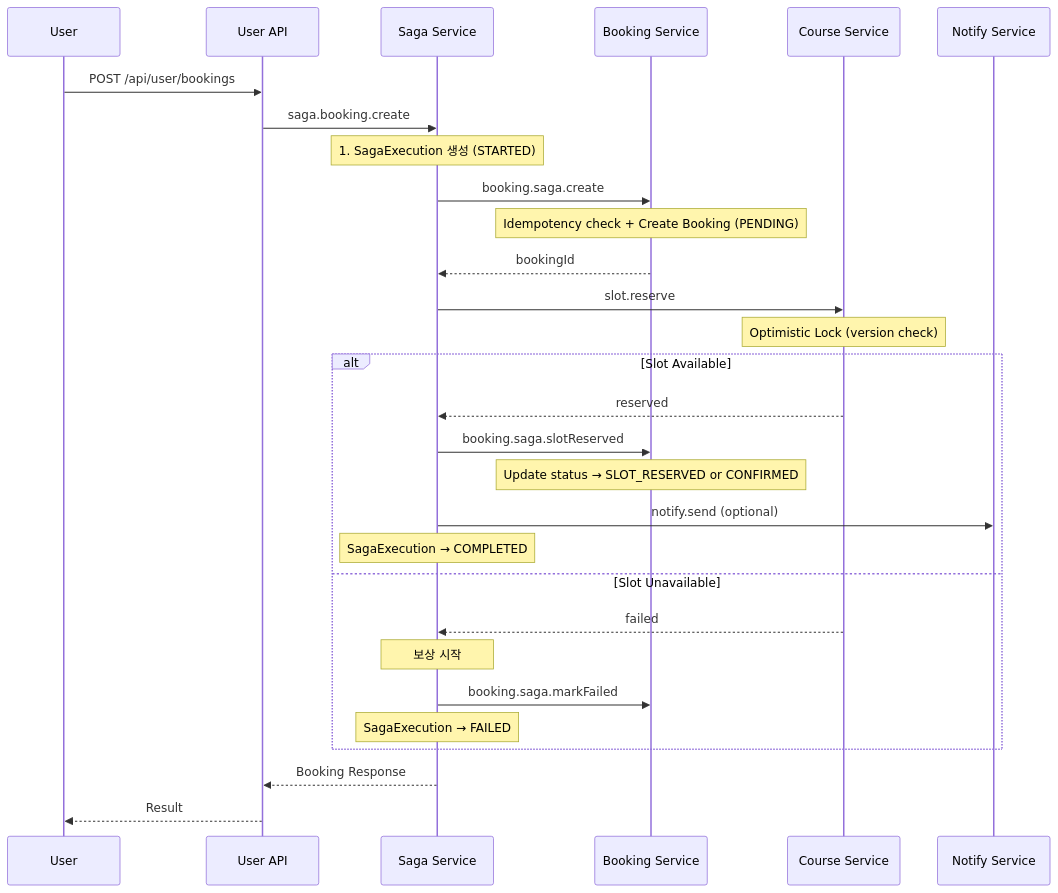
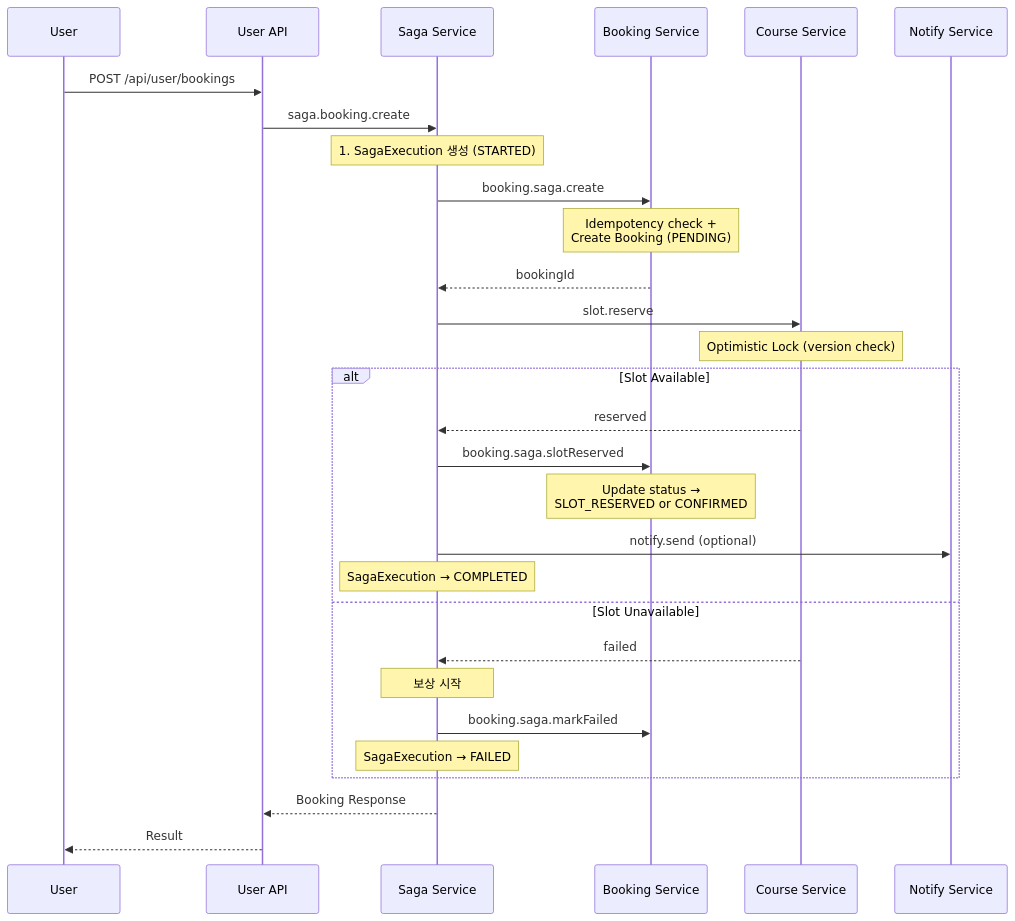
The fourth of 7 diagrams in docs/architecture/SYSTEM.md (uniyous/parkgolf-platform), drawn with Mermaid before and after one commit. The commit also changed other lines of this file and 5 other files, not shown here.

First line of the commit message:
docs: 다이어그램 체계 정비 및 문서 개선

````diff
--- a/docs/architecture/SYSTEM.md
+++ b/docs/architecture/SYSTEM.md
@@ -692,36 +423,36 @@
 ```mermaid
 sequenceDiagram
-    participant U as User
-    participant UAPI as User API
-    participant SAGA as Saga Service
-    participant BOOK as Booking Service
-    participant COURSE as Course Service
-    participant NOTIFY as Notify Service
+  participant U as User
+  participant UAPI as User API
+  participant SAGA as Saga Service
+  participant BOOK as Booking Service
+  participant COURSE as Course Service
+  participant NOTIFY as Notify Service
 
-    U->>UAPI: POST /api/user/bookings
-    UAPI->>SAGA: saga.booking.create
+  U->>UAPI: POST /api/user/bookings
+  UAPI->>SAGA: saga.booking.create
 
-    Note over SAGA: 1. SagaExecution 생성 (STARTED)
-    SAGA->>BOOK: booking.saga.create
-    Note over BOOK: Idempotency check + Create Booking (PENDING)
-    BOOK-->>SAGA: bookingId
+  Note over SAGA: 1. SagaExecution 생성 (STARTED)
+  SAGA->>BOOK: booking.saga.create
+  Note over BOOK: Idempotency check +<br/>Create Booking (PENDING)
+  BOOK-->>SAGA: bookingId
 
-    SAGA->>COURSE: slot.reserve
-    Note over COURSE: Optimistic Lock (version check)
+  SAGA->>COURSE: slot.reserve
+  Note over COURSE: Optimistic Lock (version check)
 
-    alt Slot Available
-        COURSE-->>SAGA: reserved
-        SAGA->>BOOK: booking.saga.slotReserved
-        Note over BOOK: Update status → SLOT_RESERVED or CONFIRMED
-        SAGA->>NOTIFY: notify.send (optional)
-        Note over SAGA: SagaExecution → COMPLETED
-    else Slot Unavailable
-        COURSE-->>SAGA: failed
-        Note over SAGA: 보상 시작
-        SAGA->>BOOK: booking.saga.markFailed
-        Note over SAGA: SagaExecution → FAILED
-    end
+  alt Slot Available
+    COURSE-->>SAGA: reserved
+    SAGA->>BOOK: booking.saga.slotReserved
+    Note over BOOK: Update status →<br/>SLOT_RESERVED or CONFIRMED
+    SAGA->>NOTIFY: notify.send (optional)
+    Note over SAGA: SagaExecution → COMPLETED
+  else Slot Unavailable
+    COURSE-->>SAGA: failed
+    Note over SAGA: 보상 시작
+    SAGA->>BOOK: booking.saga.markFailed
+    Note over SAGA: SagaExecution → FAILED
+  end
 
-    SAGA-->>UAPI: Booking Response
-    UAPI-->>U: Result
+  SAGA-->>UAPI: Booking Response
+  UAPI-->>U: Result
 ```
````
